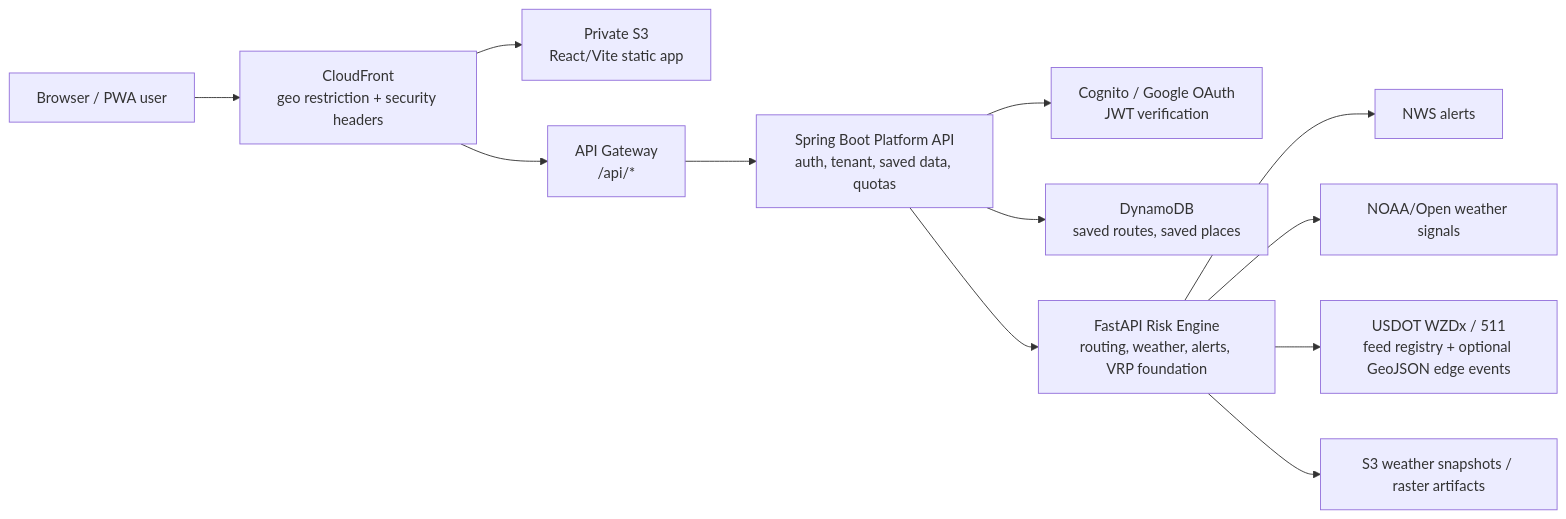
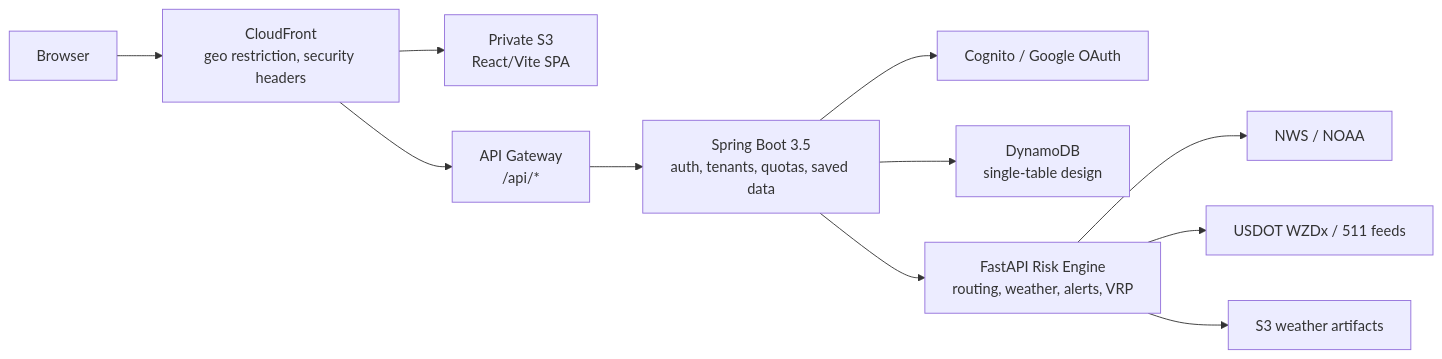
One commit to signalgap9-del/peachtree-dispatch changed the diagram in README.md. Above: the diagram before and after it, drawn with Mermaid. The commit also changed other lines of this file and 1 other file, not shown here.

````diff
--- a/README.md
+++ b/README.md
@@ -100,14 +34,13 @@
 ```mermaid
 flowchart LR
-  User["Browser / PWA user"] --> CF["CloudFront<br/>geo restriction + security headers"]
-  CF --> S3["Private S3<br/>React/Vite static app"]
+  User["Browser"] --> CF["CloudFront<br/>geo restriction, security headers"]
+  CF --> S3["Private S3<br/>React/Vite SPA"]
   CF --> APIGW["API Gateway<br/>/api/*"]
-  APIGW --> Spring["Spring Boot Platform API<br/>auth, tenant, saved data, quotas"]
-  Spring --> Cognito["Cognito / Google OAuth<br/>JWT verification"]
-  Spring --> DDB["DynamoDB<br/>saved routes, saved places"]
-  Spring --> Risk["FastAPI Risk Engine<br/>routing, weather, alerts, VRP foundation"]
-  Risk --> NWS["NWS alerts"]
-  Risk --> NOAA["NOAA/Open weather signals"]
-  Risk --> WZDX["USDOT WZDx / 511<br/>feed registry + optional GeoJSON edge events"]
-  Risk --> S3Data["S3 weather snapshots / raster artifacts"]
+  APIGW --> Spring["Spring Boot 3.5<br/>auth, tenants, quotas, saved data"]
+  Spring --> Cognito["Cognito / Google OAuth"]
+  Spring --> DDB["DynamoDB<br/>single-table design"]
+  Spring --> Risk["FastAPI Risk Engine<br/>routing, weather, alerts, VRP"]
+  Risk --> NWS["NWS / NOAA"]
+  Risk --> WZDX["USDOT WZDx / 511 feeds"]
+  Risk --> S3Data["S3 weather artifacts"]
 ```
````
